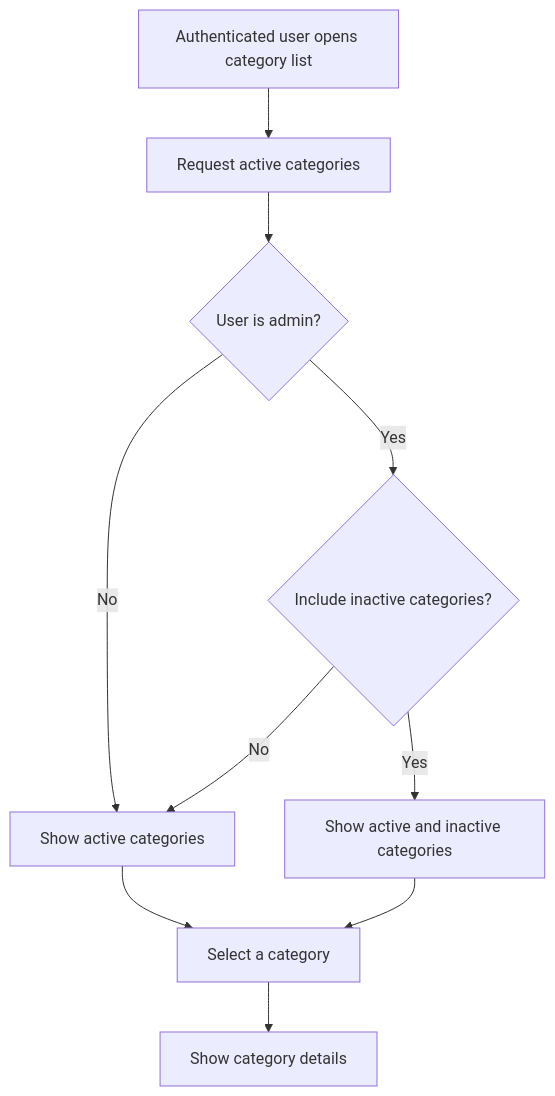
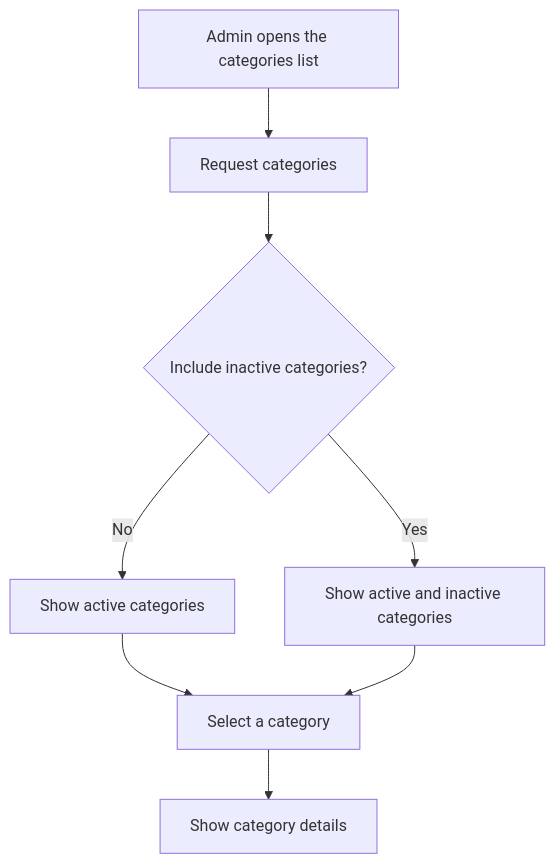
The diagram in documentation/epics/EP001 - Categories/user-stories/US002 - browse-categories/description.md (phrouv/onshore-club), drawn with Mermaid before and after one commit. The commit also changed other lines of this file and 85 other files, not shown here.

````diff
--- a/documentation/epics/EP001 - Categories/user-stories/US002 - browse-categories/description.md
+++ b/documentation/epics/EP001 - Categories/user-stories/US002 - browse-categories/description.md
@@ -13,12 +13,10 @@
 ```mermaid
 graph TD
-    A[Authenticated user opens category list] --> B[Request active categories]
-    B --> C{User is admin?}
+    A[Admin opens the categories list] --> B[Request categories]
+    B --> C{Include inactive categories?}
     C -->|No| D[Show active categories]
-    C -->|Yes| E{Include inactive categories?}
-    E -->|No| D
-    E -->|Yes| F[Show active and inactive categories]
-    D --> G[Select a category]
-    F --> G
-    G --> H[Show category details]
+    C -->|Yes| E[Show active and inactive categories]
+    D --> F[Select a category]
+    E --> F
+    F --> G[Show category details]
 ```
````
